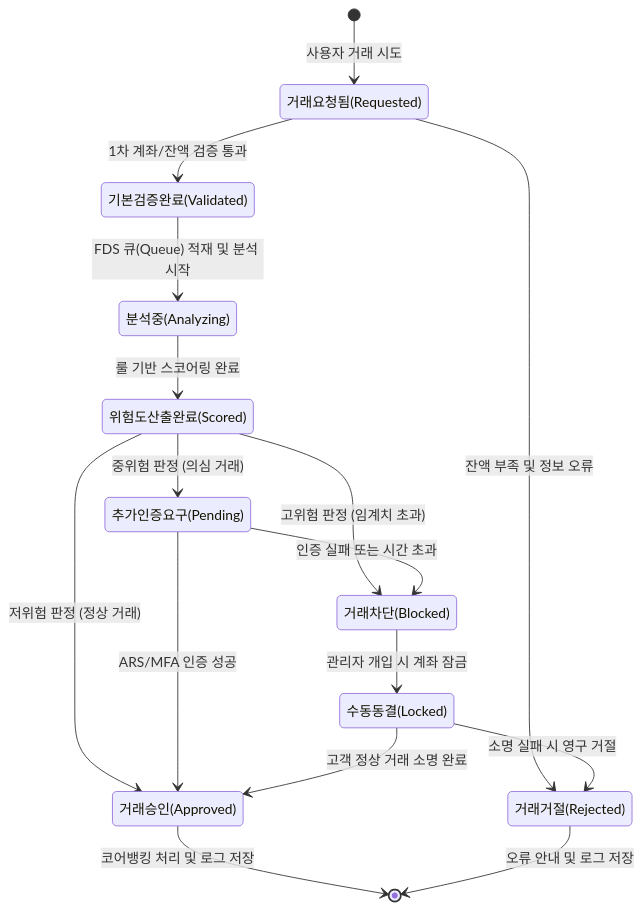
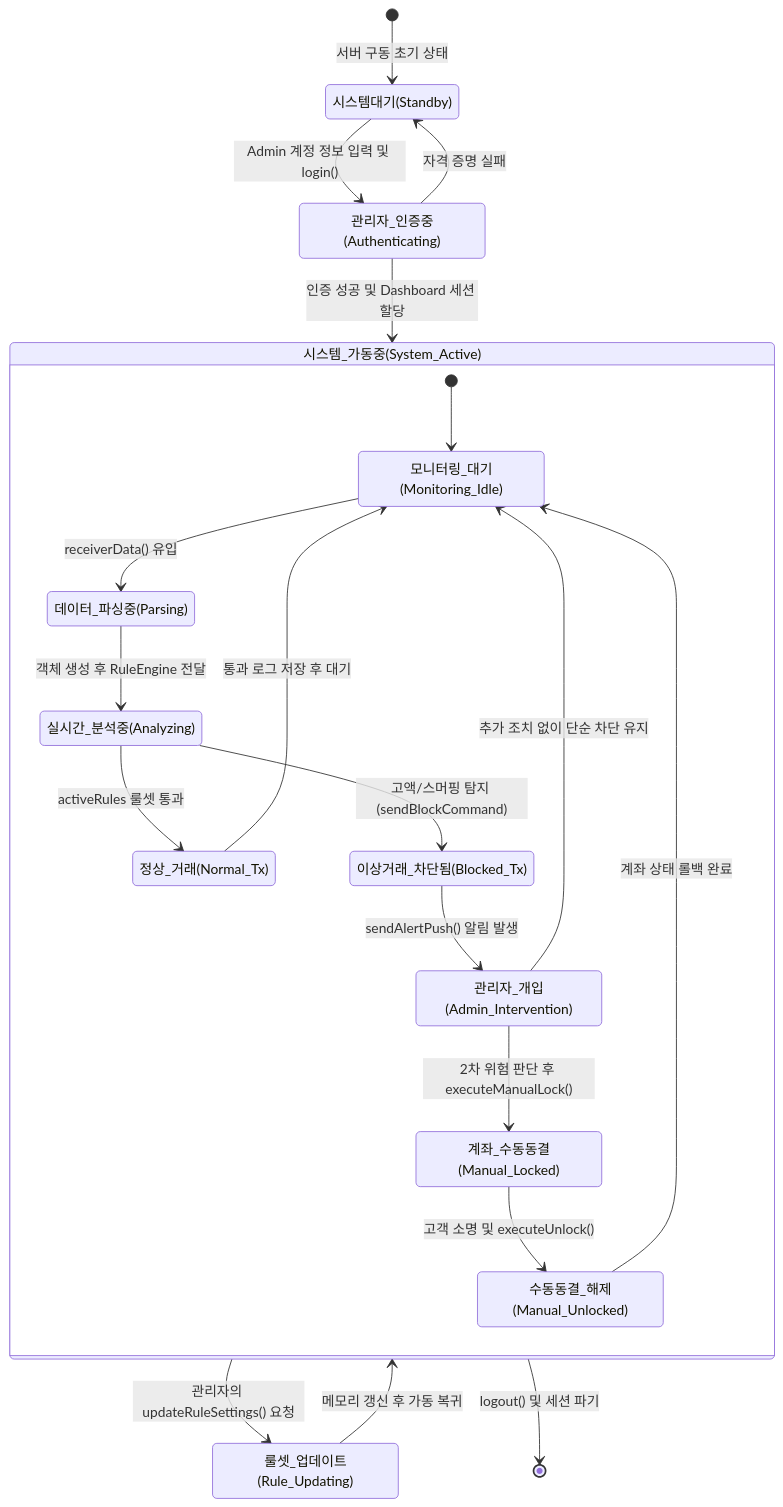
Diagram 13 of 13 in Design_[22411890_석채연].md (seokchaeyeon/2026_1_OSS), drawn with Mermaid before and after one commit. The commit also changed other lines of this file, not shown here.

````diff
--- a/Design_[22411890_석채연].md
+++ b/Design_[22411890_석채연].md
@@ -492,25 +492,34 @@
-```Mermaid
+```mermaid
 stateDiagram-v2
-    [*] --> 거래요청됨(Requested) : 사용자 거래 시도
+    [*] --> 시스템대기(Standby) : 서버 구동 초기 상태
     
-    거래요청됨(Requested) --> 기본검증완료(Validated) : 1차 계좌/잔액 검증 통과
-    거래요청됨(Requested) --> 거래거절(Rejected) : 잔액 부족 및 정보 오류
+    시스템대기(Standby) --> 관리자_인증중(Authenticating) : Admin 계정 정보 입력 및 login()
+    관리자_인증중(Authenticating) --> 시스템대기(Standby) : 자격 증명 실패
     
-    기본검증완료(Validated) --> 분석중(Analyzing) : FDS 큐(Queue) 적재 및 분석 시작
+    관리자_인증중(Authenticating) --> 시스템_가동중(System_Active) : 인증 성공 및 Dashboard 세션 할당
     
-    분석중(Analyzing) --> 위험도산출완료(Scored) : 룰 기반 스코어링 완료
+    state 시스템_가동중(System_Active) {
+        [*] --> 모니터링_대기(Monitoring_Idle)
+        
+        모니터링_대기(Monitoring_Idle) --> 데이터_파싱중(Parsing) : receiverData() 유입
+        데이터_파싱중(Parsing) --> 실시간_분석중(Analyzing) : 객체 생성 후 RuleEngine 전달
+        
+        실시간_분석중(Analyzing) --> 정상_거래(Normal_Tx) : activeRules 룰셋 통과
+        실시간_분석중(Analyzing) --> 이상거래_차단됨(Blocked_Tx) : 고액/스머핑 탐지 (sendBlockCommand)
+        
+        정상_거래(Normal_Tx) --> 모니터링_대기(Monitoring_Idle) : 통과 로그 저장 후 대기
+        
+        이상거래_차단됨(Blocked_Tx) --> 관리자_개입(Admin_Intervention) : sendAlertPush() 알림 발생
+        
+        관리자_개입(Admin_Intervention) --> 계좌_수동동결(Manual_Locked) : 2차 위험 판단 후 executeManualLock()
+        관리자_개입(Admin_Intervention) --> 모니터링_대기(Monitoring_Idle) : 추가 조치 없이 단순 차단 유지
+        
+        계좌_수동동결(Manual_Locked) --> 수동동결_해제(Manual_Unlocked) : 고객 소명 및 executeUnlock()
+        수동동결_해제(Manual_Unlocked) --> 모니터링_대기(Monitoring_Idle) : 계좌 상태 롤백 완료
+    }
     
-    위험도산출완료(Scored) --> 거래차단(Blocked) : 고위험 판정 (임계치 초과)
-    위험도산출완료(Scored) --> 추가인증요구(Pending) : 중위험 판정 (의심 거래)
-    위험도산출완료(Scored) --> 거래승인(Approved) : 저위험 판정 (정상 거래)
+    시스템_가동중(System_Active) --> 룰셋_업데이트(Rule_Updating) : 관리자의 updateRuleSettings() 요청
+    룰셋_업데이트(Rule_Updating) --> 시스템_가동중(System_Active) : 메모리 갱신 후 가동 복귀
     
-    추가인증요구(Pending) --> 거래승인(Approved) : ARS/MFA 인증 성공
-    추가인증요구(Pending) --> 거래차단(Blocked) : 인증 실패 또는 시간 초과
-    
-    거래차단(Blocked) --> 수동동결(Locked) : 관리자 개입 시 계좌 잠금
-    수동동결(Locked) --> 거래거절(Rejected) : 소명 실패 시 영구 거절
-    수동동결(Locked) --> 거래승인(Approved) : 고객 정상 거래 소명 완료
-    
-    거래승인(Approved) --> [*] : 코어뱅킹 처리 및 로그 저장
-    거래거절(Rejected) --> [*] : 오류 안내 및 로그 저장
+    시스템_가동중(System_Active) --> [*] : logout() 및 세션 파기
 ```
````
